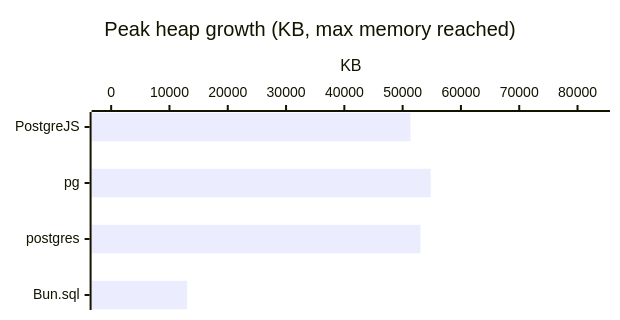
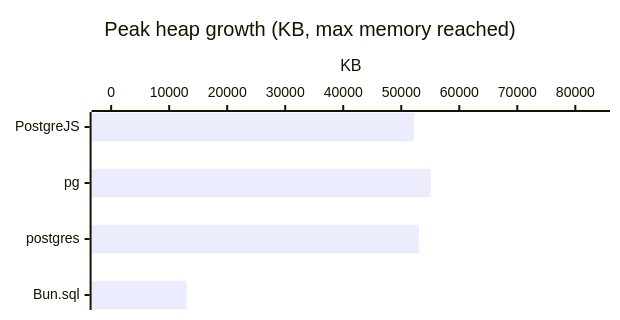
One commit to panates/postgrejs changed diagram 12 of 47 in doc/BENCHMARKS-bun.md. Above: the diagram before and after it, drawn with Mermaid. The commit also changed other lines of this file and 1 other file, not shown here.

````diff
--- a/doc/BENCHMARKS-bun.md
+++ b/doc/BENCHMARKS-bun.md
@@ -290,8 +305,8 @@
 ```mermaid
 %%{init: {'xyChart': {'width': 600, 'height': 300, 'chartOrientation': 'horizontal'}}}%%
 xychart-beta
     title "Peak heap growth (KB, max memory reached)"
     x-axis ["PostgreJS", "pg", "postgres", "Bun.sql"]
-    y-axis "KB" 0.0000 --> 82213.8896
-    bar [51343.5176, 54809.2598, 53051.2852, 13031.3330]
+    y-axis "KB" 0.0000 --> 82603.6904
+    bar [52173.7100, 55069.1270, 53076.4238, 13030.9229]
 ```
````
